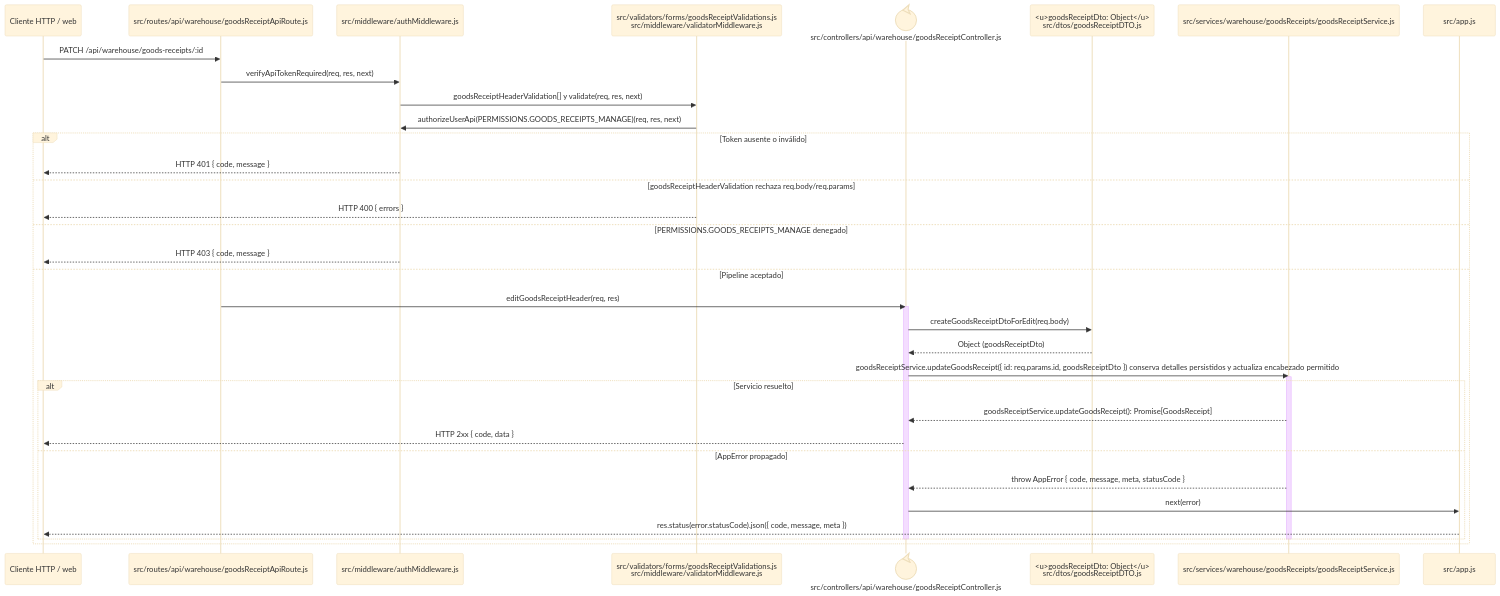
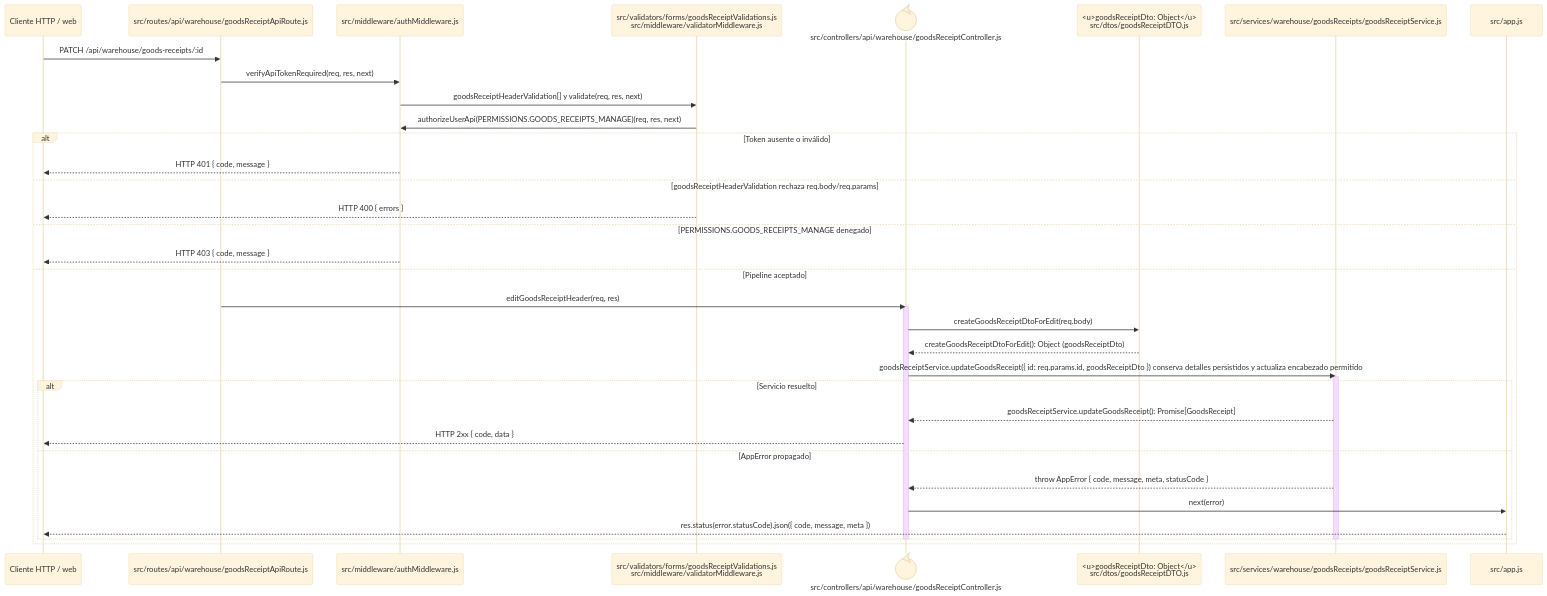
The diagram in docs/architecture/backend-code-sequences/purchases/cu-ent-03.md (gpgsistemas01/nexus), drawn with Mermaid (base theme) before and after one commit. The commit also changed 50 other files, not shown here.

Commit message:
docs: separar llamadas en diagramas de secuencia

````diff
--- a/docs/architecture/backend-code-sequences/purchases/cu-ent-03.md
+++ b/docs/architecture/backend-code-sequences/purchases/cu-ent-03.md
@@ -6,40 +6,40 @@
 ```mermaid
 sequenceDiagram
     participant Client as Cliente HTTP / web
     participant Route as src/routes/api/warehouse/goodsReceiptApiRoute.js
     participant Auth as src/middleware/authMiddleware.js
     participant Validator as src/validators/forms/goodsReceiptValidations.js<br/>src/middleware/validatorMiddleware.js
     participant Controller@{ "type": "control" } as src/controllers/api/warehouse/goodsReceiptController.js
     participant ReceiptDto as <u>goodsReceiptDto: Object</u><br/>src/dtos/goodsReceiptDTO.js
     participant Domain as src/services/warehouse/goodsReceipts/goodsReceiptService.js
     participant ErrorHandler as src/app.js
 
     Client->>Route: PATCH /api/warehouse/goods-receipts/:id
     Route->>Auth: verifyApiTokenRequired(req, res, next)
     Auth->>Validator: goodsReceiptHeaderValidation[] y validate(req, res, next)
     Validator->>Auth: authorizeUserApi(PERMISSIONS.GOODS_RECEIPTS_MANAGE)(req, res, next)
     alt Token ausente o inválido
         Auth-->>Client: HTTP 401 { code, message }
     else goodsReceiptHeaderValidation rechaza req.body/req.params
         Validator-->>Client: HTTP 400 { errors }
     else PERMISSIONS.GOODS_RECEIPTS_MANAGE denegado
         Auth-->>Client: HTTP 403 { code, message }
     else Pipeline aceptado
         Route->>Controller: editGoodsReceiptHeader(req, res)
         activate Controller
         Controller->>ReceiptDto: createGoodsReceiptDtoForEdit(req.body)
-        ReceiptDto-->>Controller: Object (goodsReceiptDto)
+        ReceiptDto-->>Controller: createGoodsReceiptDtoForEdit(): Object (goodsReceiptDto)
         Controller->>Domain: goodsReceiptService.updateGoodsReceipt({ id: req.params.id, goodsReceiptDto }) conserva detalles persistidos y actualiza encabezado permitido
         activate Domain
         alt Servicio resuelto
             Domain-->>Controller: goodsReceiptService.updateGoodsReceipt(): Promise[GoodsReceipt]
             Controller-->>Client: HTTP 2xx { code, data }
         else AppError propagado
             Domain-->>Controller: throw AppError { code, message, meta, statusCode }
             Controller->>ErrorHandler: next(error)
             ErrorHandler-->>Client: res.status(error.statusCode).json({ code, message, meta })
         end
         deactivate Domain
         deactivate Controller
     end
 ```
````
